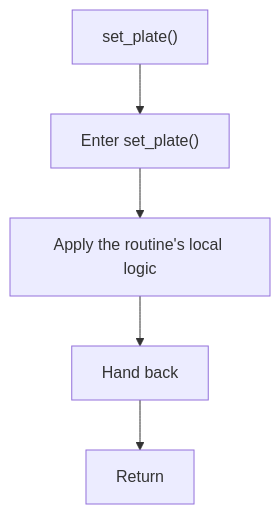
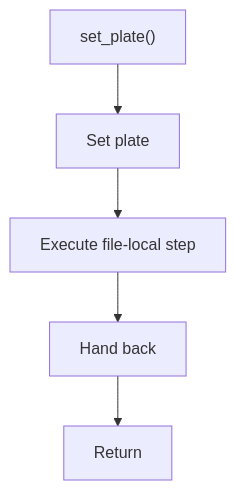
One commit to JohnAndrewBalbarosa/NeoTerritory changed the fifth of 7 diagrams in docs/Codebase/LegacyPatternTransformSamples/legacy_pattern_domain_models_sample.cpp.md. Above: the diagram before and after it, drawn with Mermaid. The commit also changed other lines of this file and 925 other files, not shown here.

````diff
--- a/docs/Codebase/LegacyPatternTransformSamples/legacy_pattern_domain_models_sample.cpp.md
+++ b/docs/Codebase/LegacyPatternTransformSamples/legacy_pattern_domain_models_sample.cpp.md
@@ -138,12 +137,12 @@
 ```mermaid
 flowchart TD
     Start["set_plate()"]
-    N0["Enter set_plate()"]
-    N1["Apply the routine's local logic"]
+    N0["Set plate"]
+    N1["Execute file-local step"]
     N2["Hand back"]
     End["Return"]
     Start --> N0
     N0 --> N1
     N1 --> N2
     N2 --> End
 ```
````
